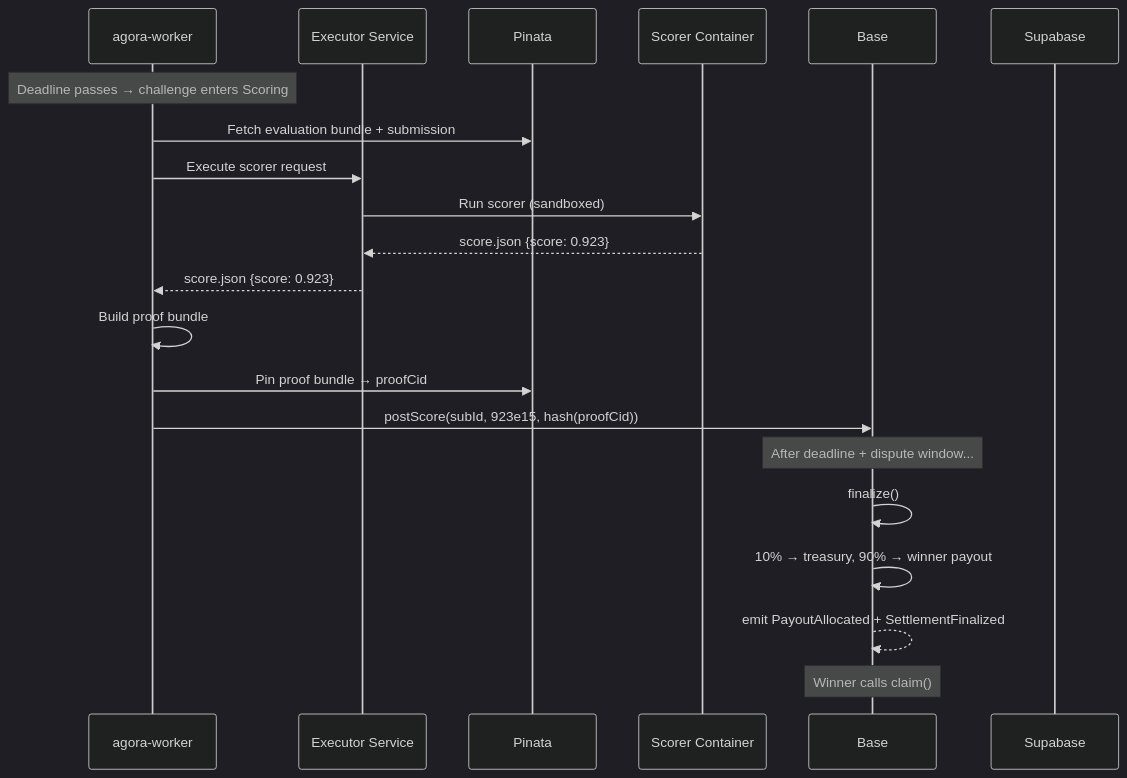
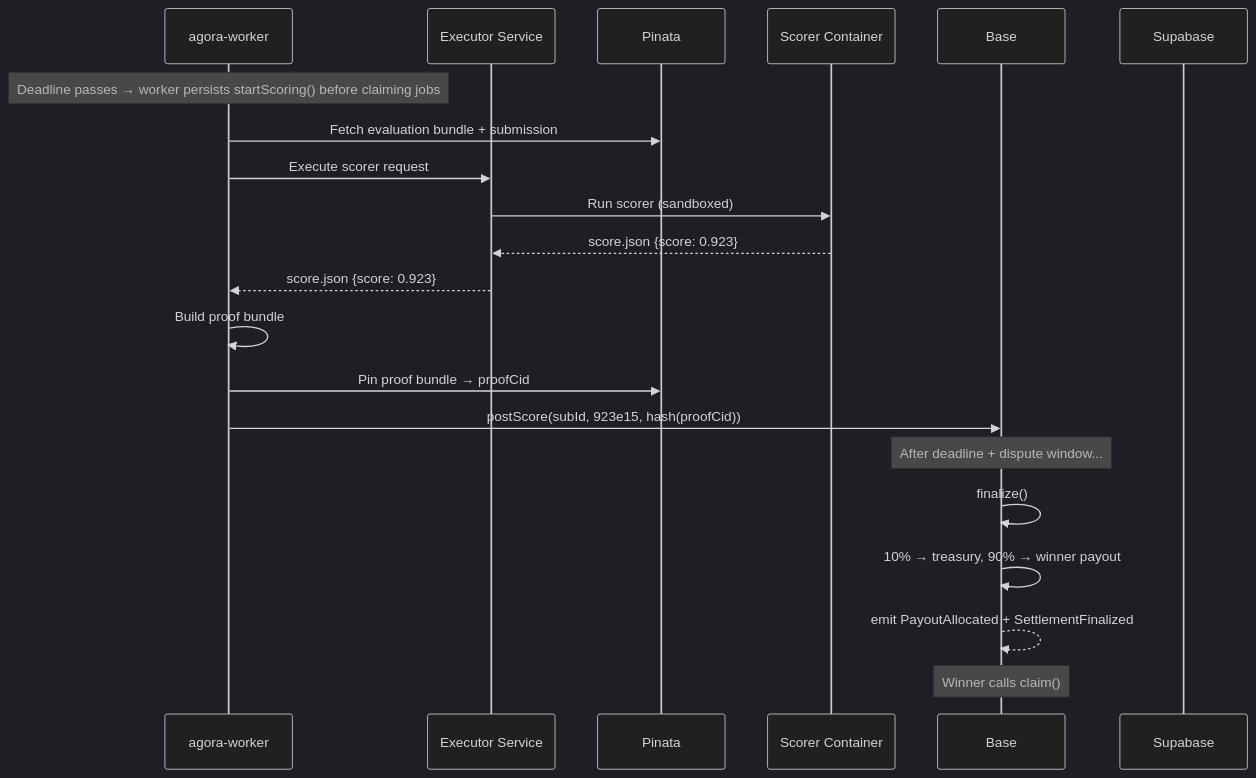
Before and after one commit to andymolecule/Hermes: the seventh of 13 diagrams in docs/architecture.md, drawn with Mermaid (dark theme). The commit also changed other lines of this file and 36 other files, not shown here.

Commit message:
Fix scoring start boundary drift

````diff
--- a/docs/architecture.md
+++ b/docs/architecture.md
@@ -332,28 +332,28 @@
 ```mermaid
 sequenceDiagram
     participant Worker as agora-worker
     participant Executor as Executor Service
     participant IPFS as Pinata
     participant Docker as Scorer Container
     participant Chain as Base
     participant DB as Supabase
 
-    Note over Worker: Deadline passes → challenge enters Scoring
+    Note over Worker: Deadline passes → worker persists startScoring() before claiming jobs
 
     Worker->>IPFS: Fetch evaluation bundle + submission
     Worker->>Executor: Execute scorer request
     Executor->>Docker: Run scorer (sandboxed)
     Docker-->>Executor: score.json {score: 0.923}
     Executor-->>Worker: score.json {score: 0.923}
     Worker->>Worker: Build proof bundle
     Worker->>IPFS: Pin proof bundle → proofCid
     Worker->>Chain: postScore(subId, 923e15, hash(proofCid))
 
     Note over Chain: After deadline + dispute window...
 
     Chain->>Chain: finalize()
     Chain->>Chain: 10% → treasury, 90% → winner payout
     Chain-->>Chain: emit PayoutAllocated + SettlementFinalized
 
     Note over Chain: Winner calls claim()
 ```
````
